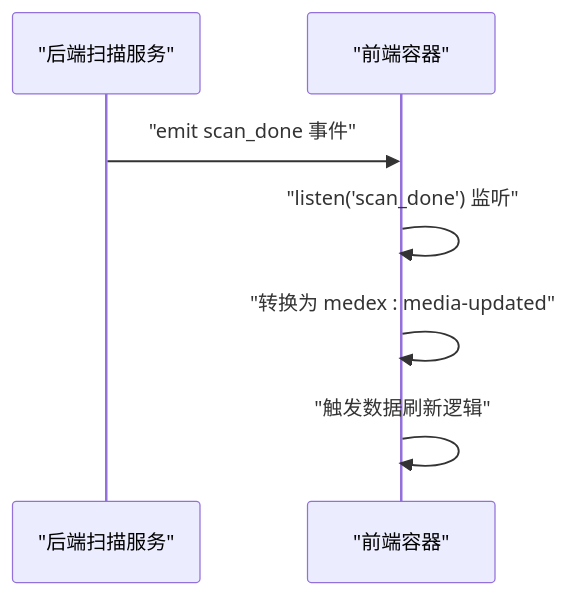
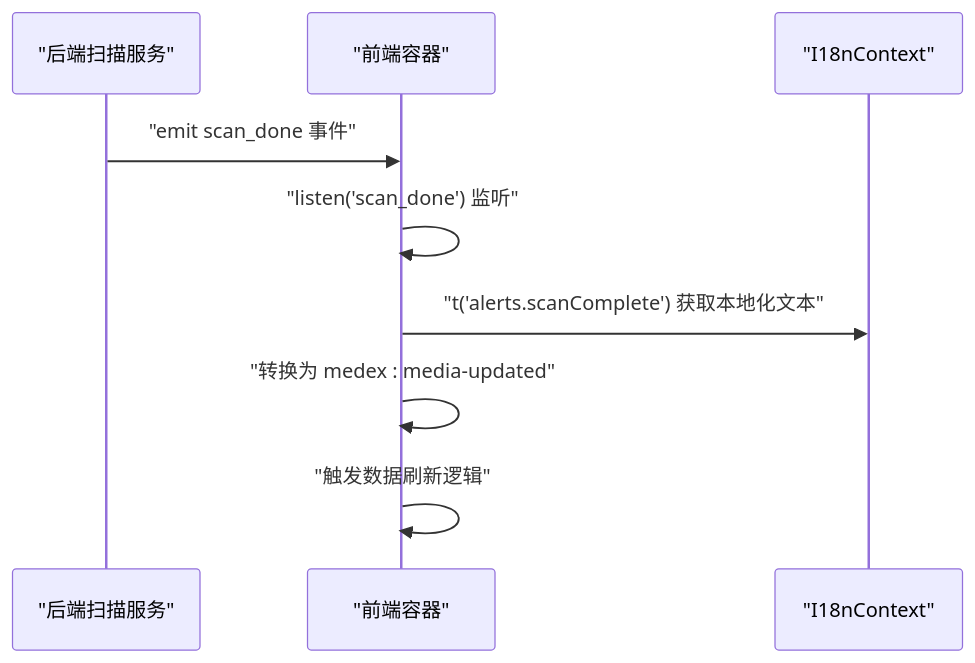
One commit to YLee9527/Medex changed the eighth of 10 diagrams in doc/repowiki/zh/content/后端开发/后端开发.md. Above: the diagram before and after it, drawn with Mermaid. The commit also changed other lines of this file and 31 other files, not shown here.

First line of the commit message:
docs(doc): 添加部署脚本、锁屏功能、发布指南及设置按钮图标文档

````diff
--- a/doc/repowiki/zh/content/后端开发/后端开发.md
+++ b/doc/repowiki/zh/content/后端开发/后端开发.md
@@ -389,9 +410,11 @@
 ```mermaid
 sequenceDiagram
 participant Backend as "后端扫描服务"
 participant Frontend as "前端容器"
+participant I18n as "I18nContext"
 Backend->>Frontend : "emit scan_done 事件"
 Frontend->>Frontend : "listen('scan_done') 监听"
+Frontend->>I18n : "t('alerts.scanComplete') 获取本地化文本"
 Frontend->>Frontend : "转换为 medex : media-updated"
 Frontend->>Frontend : "触发数据刷新逻辑"
 ```
````
